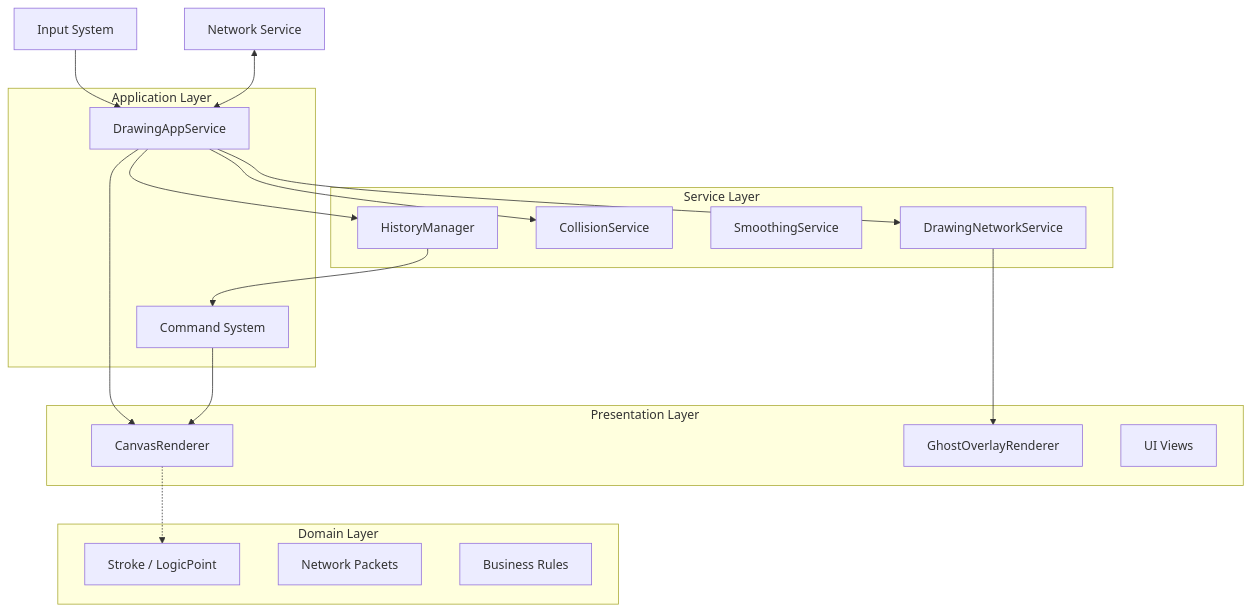
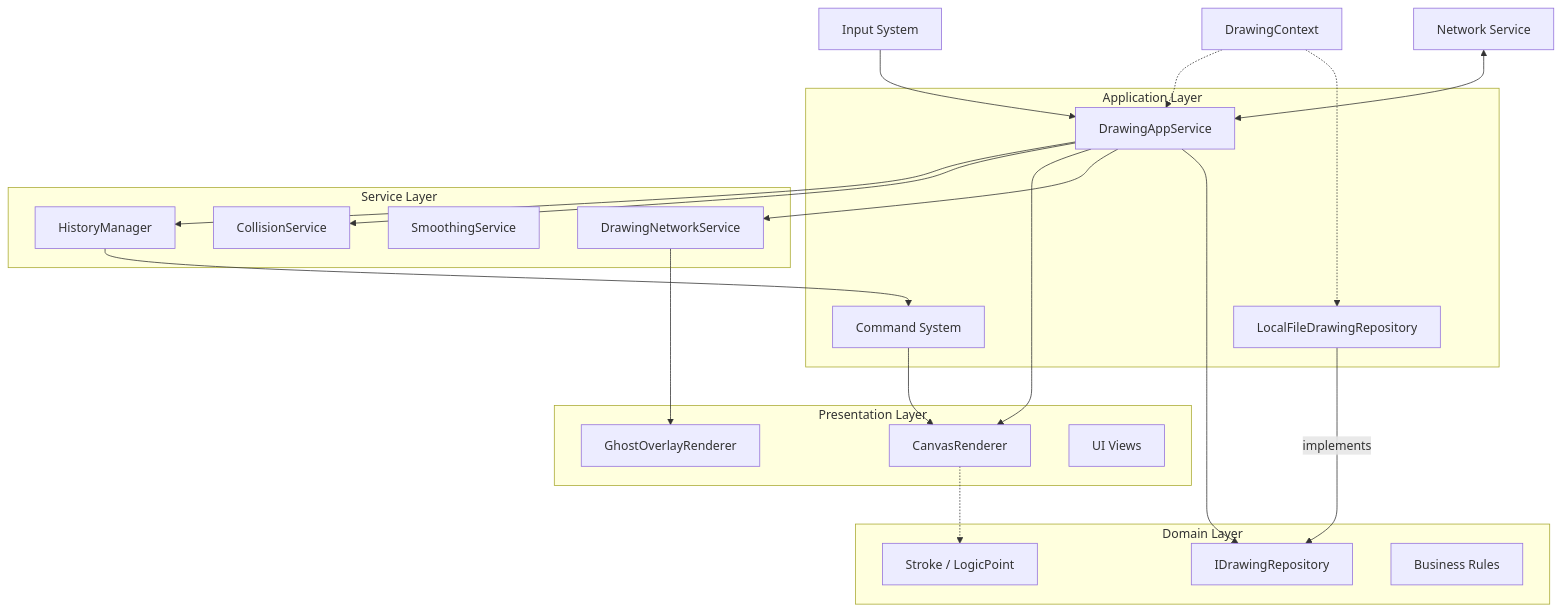
Before and after one commit to Klutz9348/drawer: the diagram in AGENTS.md, drawn with Mermaid. The commit also changed other lines of this file and 52 other files, not shown here.

First line of the commit message:
feat: 引入依赖注入和持久化层，重构绘图模块架构

````diff
--- a/AGENTS.md
+++ b/AGENTS.md
@@ -38,38 +38,43 @@
 ```mermaid
 graph TD
-    Input[Input System] --> AppService
-    Net[Network Service] <--> AppService
+    Input[Input System] --> Facade
+    Net[Network Service] <--> Facade
+    DI[DrawingContext] -.-> Facade
+    DI -.-> RepoImpl
     
     subgraph "Application Layer"
-        AppService[DrawingAppService]
+        Facade[DrawingAppService]
         Cmd[Command System]
+        RepoImpl[LocalFileDrawingRepository]
     end
     
     subgraph "Service Layer"
         History[HistoryManager]
         Collision[CollisionService]
         Smooth[SmoothingService]
         Network[DrawingNetworkService]
     end
     
     subgraph "Domain Layer"
         Entity[Stroke / LogicPoint]
-        NetPacket[Network Packets]
+        Repo[IDrawingRepository]
         Rules[Business Rules]
     end
     
     subgraph "Presentation Layer"
         Renderer[CanvasRenderer]
         Ghost[GhostOverlayRenderer]
         View[UI Views]
     end
 
-    AppService --> History
-    AppService --> Collision
-    AppService --> Renderer
-    AppService --> Network
+    Facade --> History
+    Facade --> Collision
+    Facade --> Renderer
+    Facade --> Network
+    Facade --> Repo
+    RepoImpl -- implements --> Repo
     Network --> Ghost
     History --> Cmd
     Cmd --> Renderer
     Renderer -.-> Entity
 ```
````
